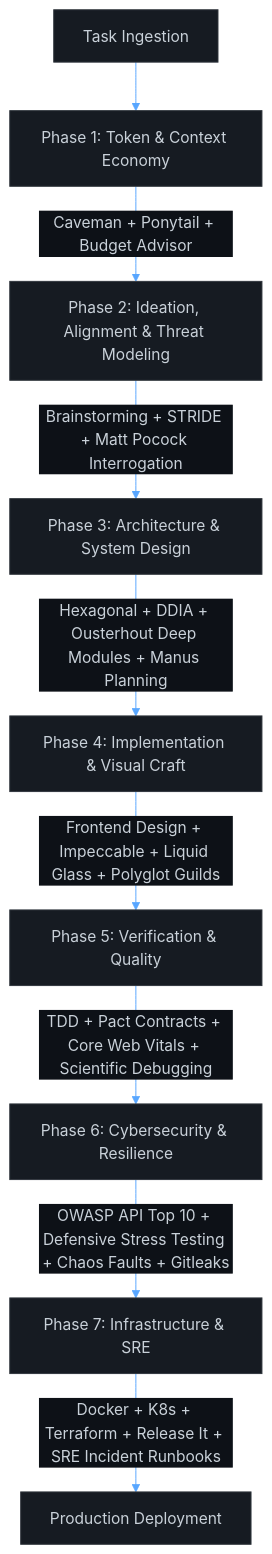
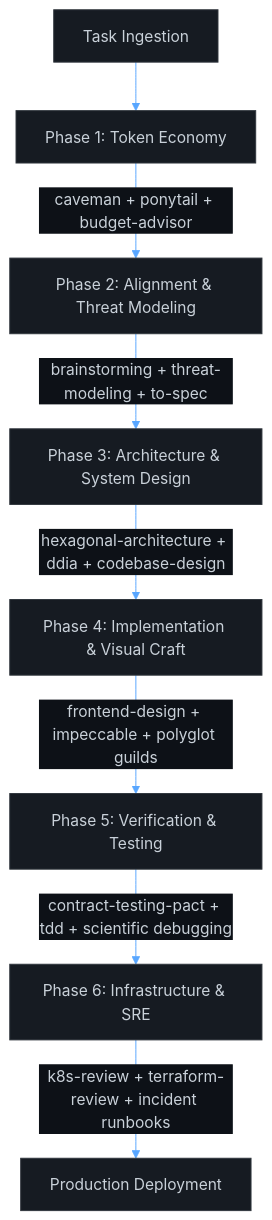
Before and after one commit to Serion89/all-in-one-skills-for-ai: the diagram in README.md, drawn with Mermaid. The commit also changed other lines of this file and 2 other files, not shown here.

````diff
--- a/README.md
+++ b/README.md
@@ -53,12 +145,11 @@
 ```mermaid
 %%{init: {'theme': 'base', 'themeVariables': { 'primaryColor': '#161b22', 'primaryTextColor': '#c9d1d9', 'primaryBorderColor': '#30363d', 'lineColor': '#58a6ff', 'secondaryColor': '#0d1117', 'tertiaryColor': '#1f242c' }}}%%
 graph TD
-    A[Task Ingestion] --> B[Phase 1: Token & Context Economy]
-    B -->|Caveman + Ponytail + Budget Advisor| C[Phase 2: Ideation, Alignment & Threat Modeling]
-    C -->|Brainstorming + STRIDE + Matt Pocock Interrogation| D[Phase 3: Architecture & System Design]
-    D -->|Hexagonal + DDIA + Ousterhout Deep Modules + Manus Planning| E[Phase 4: Implementation & Visual Craft]
-    E -->|Frontend Design + Impeccable + Liquid Glass + Polyglot Guilds| F[Phase 5: Verification & Quality]
-    F -->|TDD + Pact Contracts + Core Web Vitals + Scientific Debugging| G[Phase 6: Cybersecurity & Resilience]
-    G -->|OWASP API Top 10 + Defensive Stress Testing + Chaos Faults + Gitleaks| H[Phase 7: Infrastructure & SRE]
-    H -->|Docker + K8s + Terraform + Release It + SRE Incident Runbooks| I[Production Deployment]
+    A[Task Ingestion] --> B[Phase 1: Token Economy]
+    B -->|caveman + ponytail + budget-advisor| C[Phase 2: Alignment & Threat Modeling]
+    C -->|brainstorming + threat-modeling + to-spec| D[Phase 3: Architecture & System Design]
+    D -->|hexagonal-architecture + ddia + codebase-design| E[Phase 4: Implementation & Visual Craft]
+    E -->|frontend-design + impeccable + polyglot guilds| F[Phase 5: Verification & Testing]
+    F -->|contract-testing-pact + tdd + scientific debugging| G[Phase 6: Infrastructure & SRE]
+    G -->|k8s-review + terraform-review + incident runbooks| H[Production Deployment]
 ```
````
